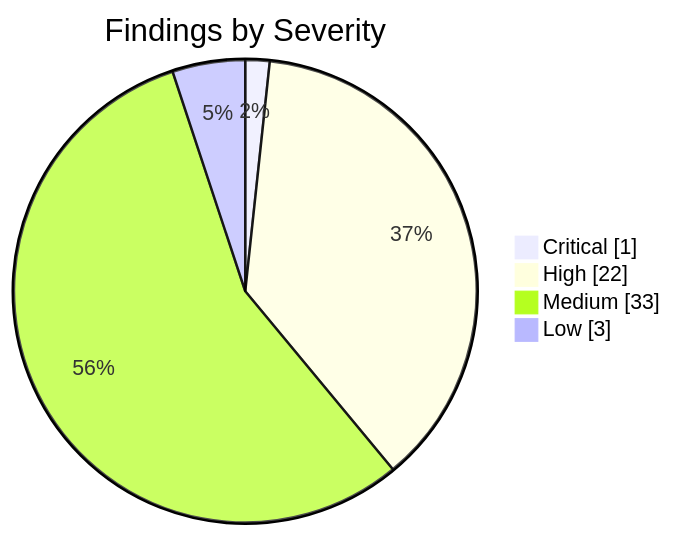
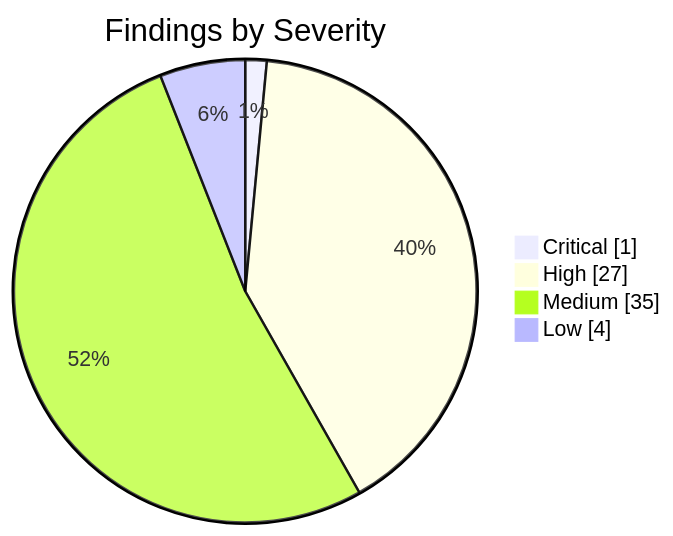
The first of 2 diagrams in apps/kbve/astro-kbve/src/content/docs/dashboard/security.mdx (KBVE/kbve), drawn with Mermaid before and after one commit. The commit also changed other lines of this file and 7 other files, not shown here.

````diff
--- a/apps/kbve/astro-kbve/src/content/docs/dashboard/security.mdx
+++ b/apps/kbve/astro-kbve/src/content/docs/dashboard/security.mdx
@@ -62,8 +62,8 @@
 ```mermaid
 pie showData
     title Findings by Severity
     "Critical" : 1
-    "High" : 22
-    "Medium" : 33
-    "Low" : 3
+    "High" : 27
+    "Medium" : 35
+    "Low" : 4
 ```
````
